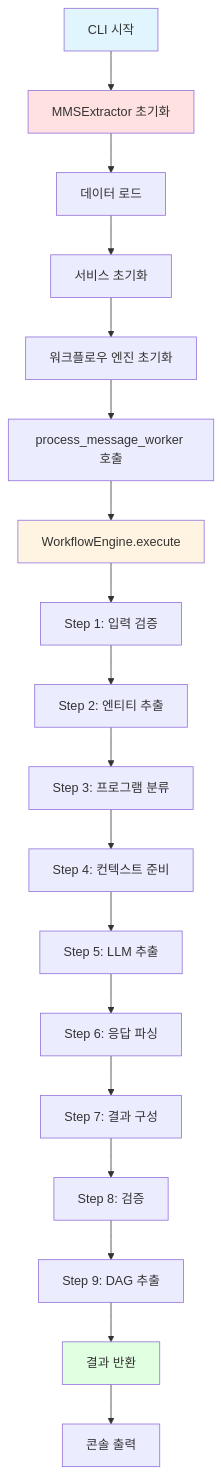
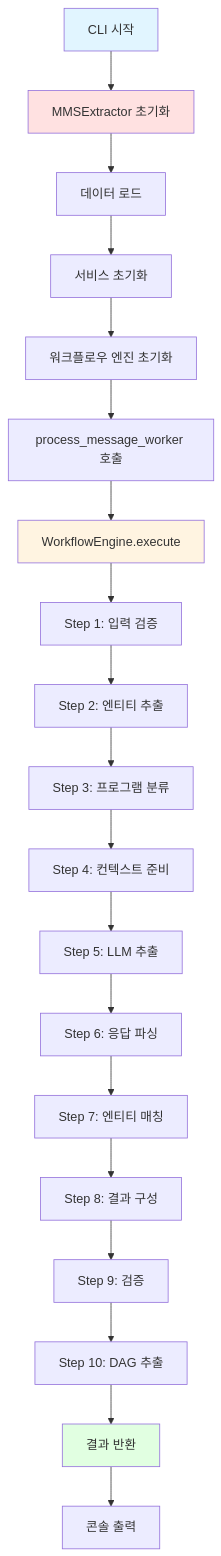
One commit to yonggoghi/AgenticWorkflow changed the first of 2 diagrams in mms_extractor_exp/docs/EXECUTION_FLOW.md. Above: the diagram before and after it, drawn with Mermaid. The commit also changed other lines of this file and 6 other files, not shown here.

````diff
--- a/mms_extractor_exp/docs/EXECUTION_FLOW.md
+++ b/mms_extractor_exp/docs/EXECUTION_FLOW.md
@@ -353,27 +367,28 @@
 ```mermaid
 graph TB
     A[CLI 시작] --> B[MMSExtractor 초기화]
     B --> C[데이터 로드]
     C --> D[서비스 초기화]
     D --> E[워크플로우 엔진 초기화]
     E --> F[process_message_worker 호출]
     F --> G[WorkflowEngine.execute]
     
     G --> H1[Step 1: 입력 검증]
     H1 --> H2[Step 2: 엔티티 추출]
     H2 --> H3[Step 3: 프로그램 분류]
     H3 --> H4[Step 4: 컨텍스트 준비]
     H4 --> H5[Step 5: LLM 추출]
     H5 --> H6[Step 6: 응답 파싱]
-    H6 --> H7[Step 7: 결과 구성]
-    H7 --> H8[Step 8: 검증]
-    H8 --> H9[Step 9: DAG 추출]
-    
-    H9 --> I[결과 반환]
+    H6 --> H7[Step 7: 엔티티 매칭]
+    H7 --> H8[Step 8: 결과 구성]
+    H8 --> H9[Step 9: 검증]
+    H9 --> H10[Step 10: DAG 추출]
+
+    H10 --> I[결과 반환]
     I --> J[콘솔 출력]
     
     style A fill:#e1f5ff
     style B fill:#ffe1e1
     style G fill:#fff4e1
     style I fill:#e1ffe1
 ```
````
